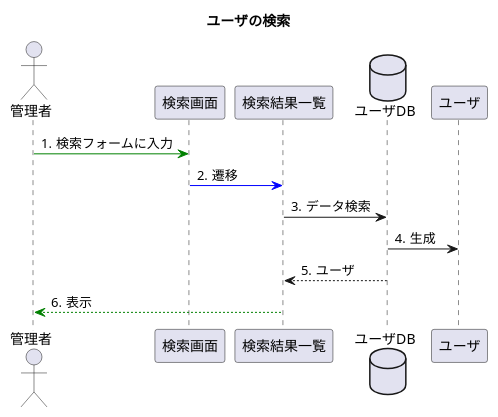
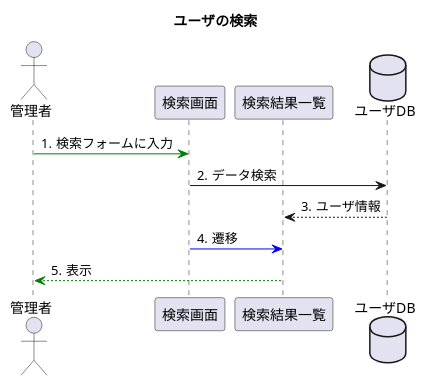
Before and after one commit to toufu66/ProjectC: the diagram in uml/seq_find.pu, drawn with PlantUML.

Commit message:
シーケンス図 ユーザ検索

```diff
--- a/uml/seq_find.pu
+++ b/uml/seq_find.pu
@@ -1,18 +1,18 @@
 @startuml
 title ユーザの検索
 
 autonumber "#."
 
 actor 管理者
 participant 検索画面
 participant 検索結果一覧
 database ユーザDB
-participant ユーザ
+
 
 管理者 -[#green]> 検索画面:検索フォームに入力
+
+検索画面 -> ユーザDB:データ検索
+ユーザDB --> 検索結果一覧:ユーザ情報
 検索画面 -[#blue]> 検索結果一覧:遷移
-検索結果一覧 -> ユーザDB:データ検索
-ユーザDB -> ユーザ:生成
-ユーザDB --> 検索結果一覧:ユーザ
 検索結果一覧 --[#green]> 管理者:表示
 @enduml
```
